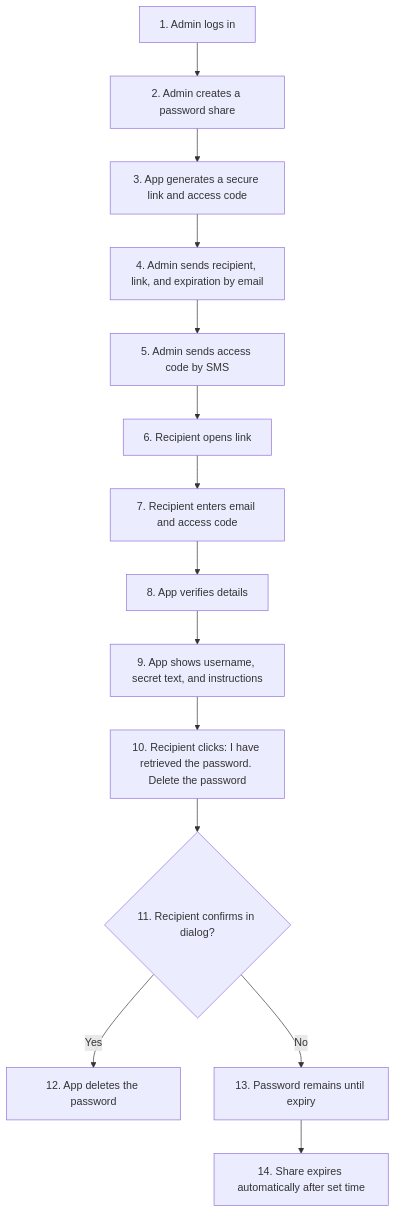
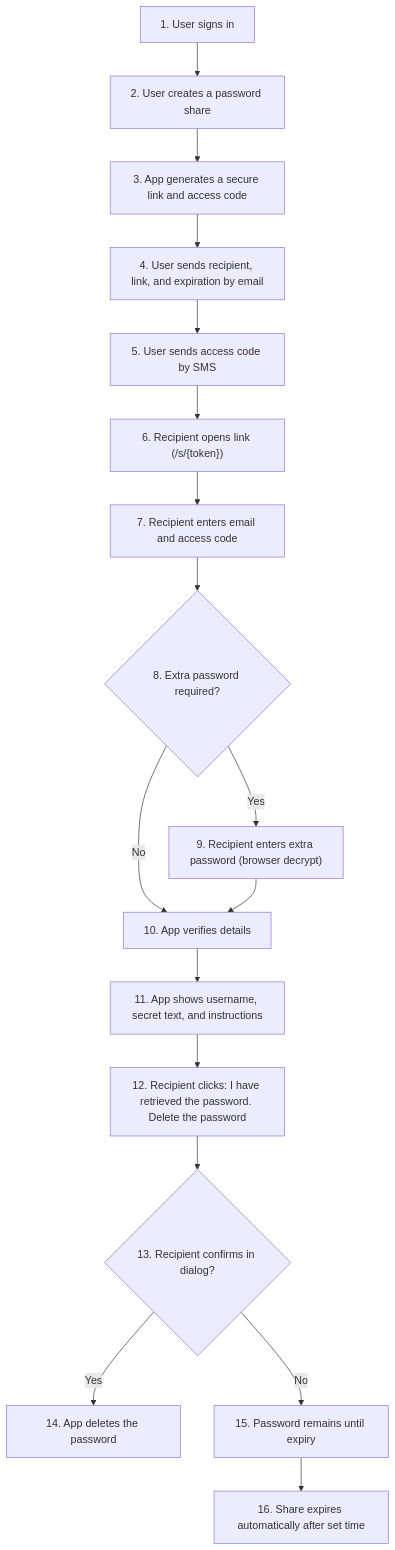
The first of 3 diagrams in docs/flowDiagram.md (mictsi/sharepassword), drawn with Mermaid before and after one commit. The commit also changed other lines of this file and 4 other files, not shown here.

````diff
--- a/docs/flowDiagram.md
+++ b/docs/flowDiagram.md
@@ -3,16 +5,19 @@
 ```mermaid
 flowchart TD
-    S1["1. Admin logs in"] --> S2["2. Admin creates a password share"]
+    S1["1. User signs in"] --> S2["2. User creates a password share"]
     S2 --> S3["3. App generates a secure link and access code"]
-    S3 --> S4["4. Admin sends recipient, link, and expiration by email"]
-    S4 --> S4A["5. Admin sends access code by SMS"]
-    S4A --> S5["6. Recipient opens link"]
+    S3 --> S4["4. User sends recipient, link, and expiration by email"]
+    S4 --> S4A["5. User sends access code by SMS"]
+    S4A --> S5["6. Recipient opens link (/s/{token})"]
     S5 --> S6["7. Recipient enters email and access code"]
-    S6 --> S7["8. App verifies details"]
-    S7 --> S8["9. App shows username, secret text, and instructions"]
-    S8 --> S9["10. Recipient clicks: I have retrieved the password. Delete the password"]
-    S9 --> S10{"11. Recipient confirms in dialog?"}
-    S10 -->|Yes| S11["12. App deletes the password"]
-    S10 -->|No| S12["13. Password remains until expiry"]
-    S12 --> S13["14. Share expires automatically after set time"]
+    S6 --> S6A{"8. Extra password required?"}
+    S6A -->|Yes| S6B["9. Recipient enters extra password (browser decrypt)"]
+    S6A -->|No| S7["10. App verifies details"]
+    S6B --> S7
+    S7 --> S8["11. App shows username, secret text, and instructions"]
+    S8 --> S9["12. Recipient clicks: I have retrieved the password. Delete the password"]
+    S9 --> S10{"13. Recipient confirms in dialog?"}
+    S10 -->|Yes| S11["14. App deletes the password"]
+    S10 -->|No| S12["15. Password remains until expiry"]
+    S12 --> S13["16. Share expires automatically after set time"]
 ```
````
